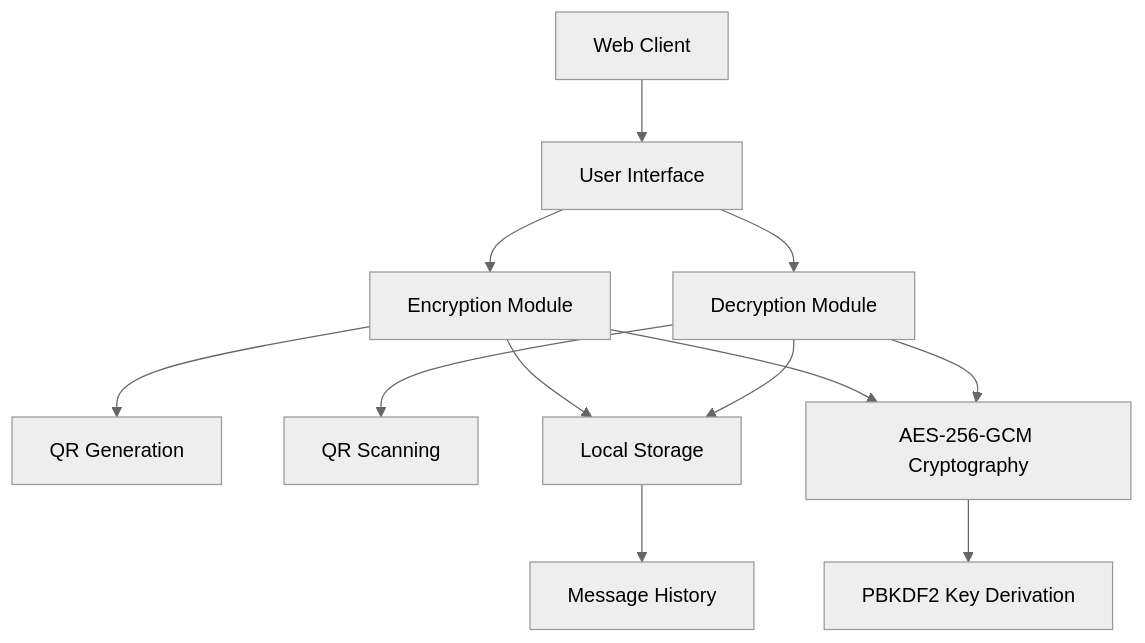
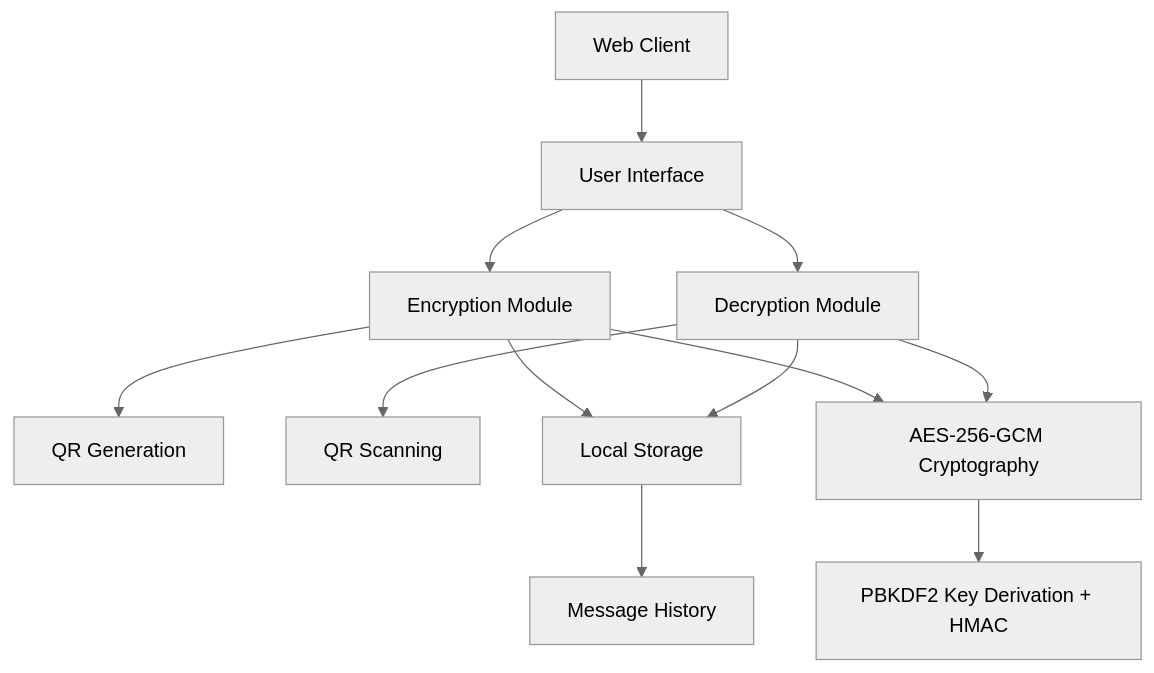
The first of 18 diagrams in README.md (MPetovick/HUSHBOX), drawn with Mermaid (neutral theme) before and after one commit.

````diff
--- a/README.md
+++ b/README.md
@@ -35,13 +35,13 @@
 ```mermaid
 graph TD
     A[Web Client] --> B[User Interface]
     B --> C[Encryption Module]
     B --> D[Decryption Module]
     C --> E[QR Generation]
     D --> F[QR Scanning]
     C --> G[Local Storage]
     D --> G
     G --> H[Message History]
     C & D --> I[AES-256-GCM Cryptography]
-    I --> J[PBKDF2 Key Derivation]
+    I --> J[PBKDF2 Key Derivation + HMAC]
 ```
````
